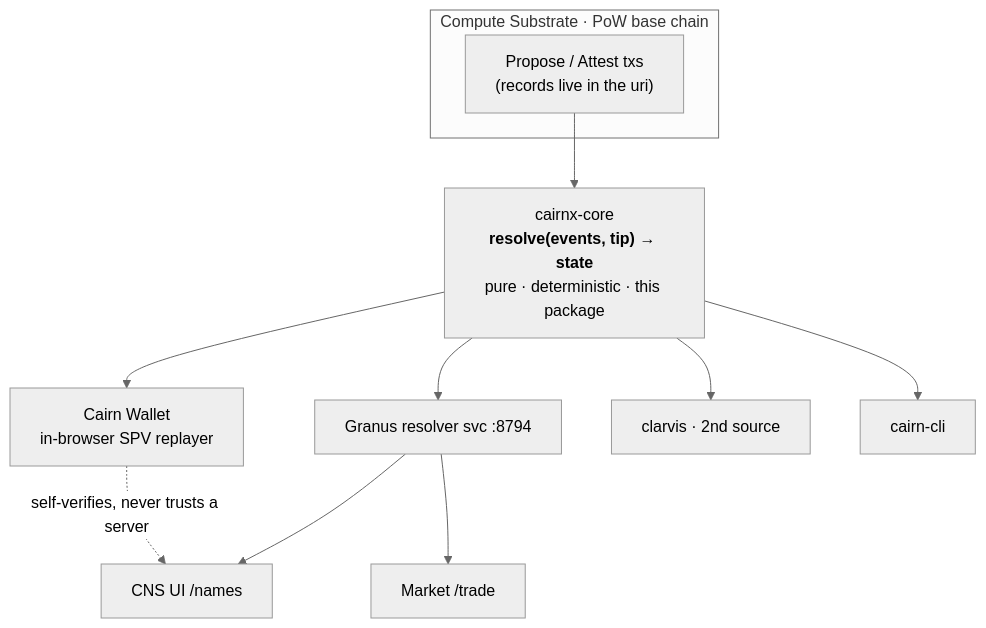
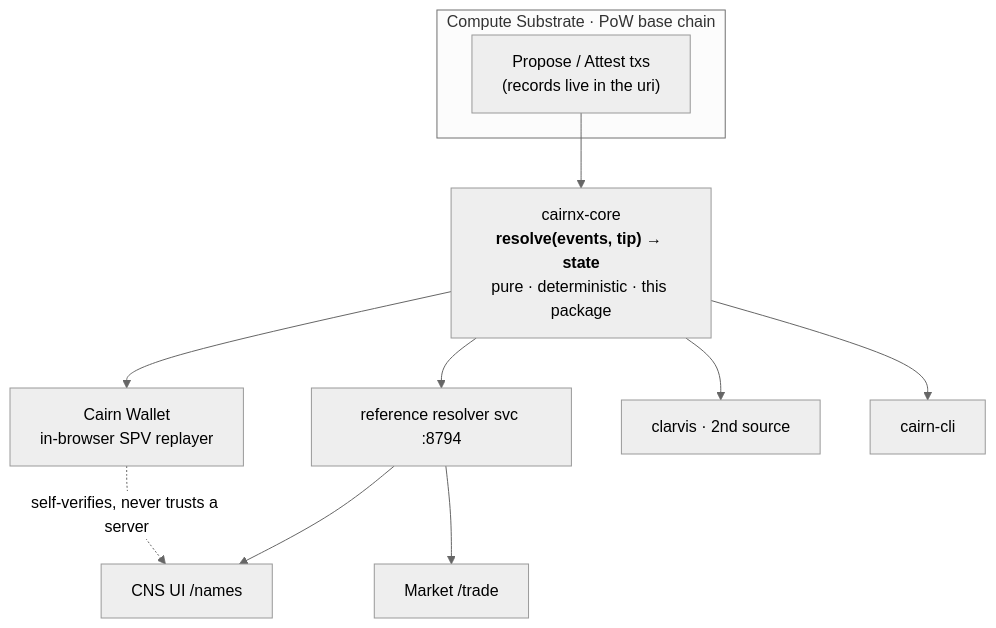
Before and after one commit to InverseAltruism/csd-sdk: the first of 4 diagrams in packages/cairnx/README.md, drawn with Mermaid (neutral theme). The commit also changed other lines of this file and 3 other files, not shown here.

````diff
--- a/packages/cairnx/README.md
+++ b/packages/cairnx/README.md
@@ -57,17 +57,17 @@
 ```mermaid
 flowchart TD
   subgraph BASE["Compute Substrate · PoW base chain"]
     TX["Propose / Attest txs<br/>(records live in the uri)"]
   end
   CORE["cairnx-core<br/><b>resolve(events, tip) → state</b><br/>pure · deterministic · this package"]
   W["Cairn Wallet<br/>in-browser SPV replayer"]
-  G["Granus resolver svc :8794"]
+  G["reference resolver svc :8794"]
   CL["clarvis · 2nd source"]
   CLI["cairn-cli"]
   UIN["CNS UI /names"]
   UIT["Market /trade"]
   TX --> CORE
   CORE --> W & G & CL & CLI
   G --> UIN & UIT
   W -. "self-verifies, never trusts a server" .-> UIN
 ```
````
